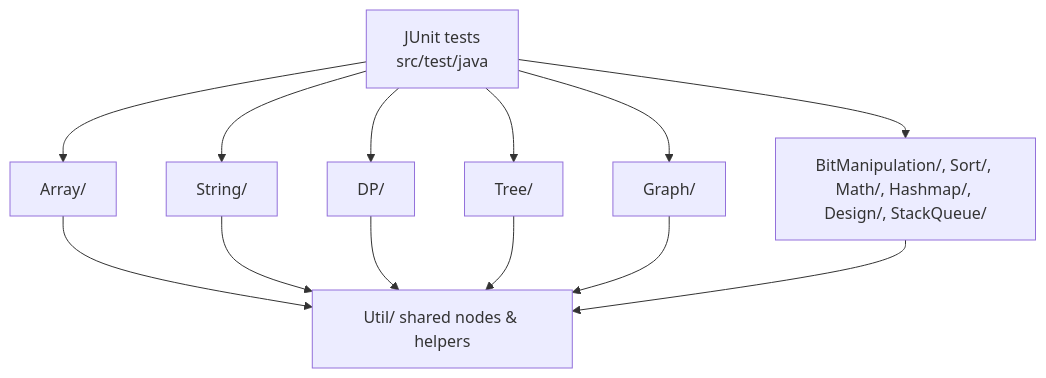
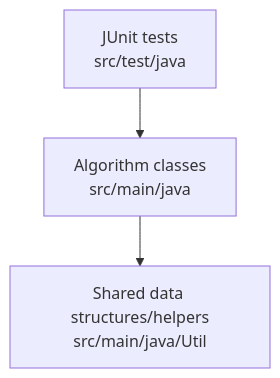
One commit to mgierschdev/Algorithms changed the diagram in README.md. Above: the diagram before and after it, drawn with Mermaid. The commit also changed other lines of this file and 82 other files, not shown here.

````diff
--- a/README.md
+++ b/README.md
@@ -14,15 +14,5 @@
 ```mermaid
 graph TD
-    Tests[JUnit tests<br>src/test/java] --> ArrayPkg[Array/]
-    Tests --> StringPkg[String/]
-    Tests --> DPPkg[DP/]
-    Tests --> TreePkg[Tree/]
-    Tests --> GraphPkg[Graph/]
-    Tests --> Others[BitManipulation/, Sort/, Math/, Hashmap/, Design/, StackQueue/]
-    ArrayPkg --> Util[Util/ shared nodes & helpers]
-    StringPkg --> Util
-    DPPkg --> Util
-    TreePkg --> Util
-    GraphPkg --> Util
-    Others --> Util
+    Tests[JUnit tests<br>src/test/java] --> Algorithms[Algorithm classes<br>src/main/java]
+    Algorithms --> Util[Shared data structures/helpers<br>src/main/java/Util]
 ```
````
